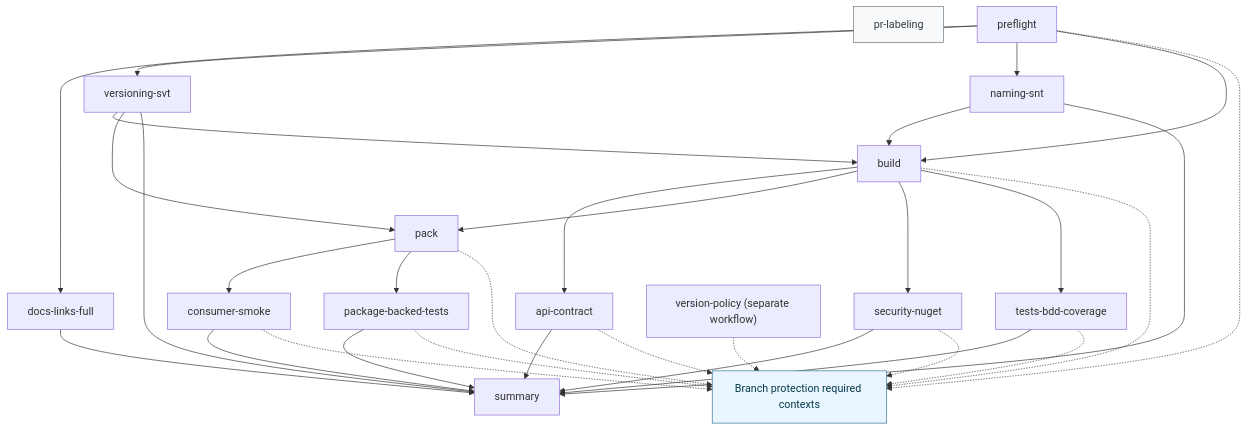
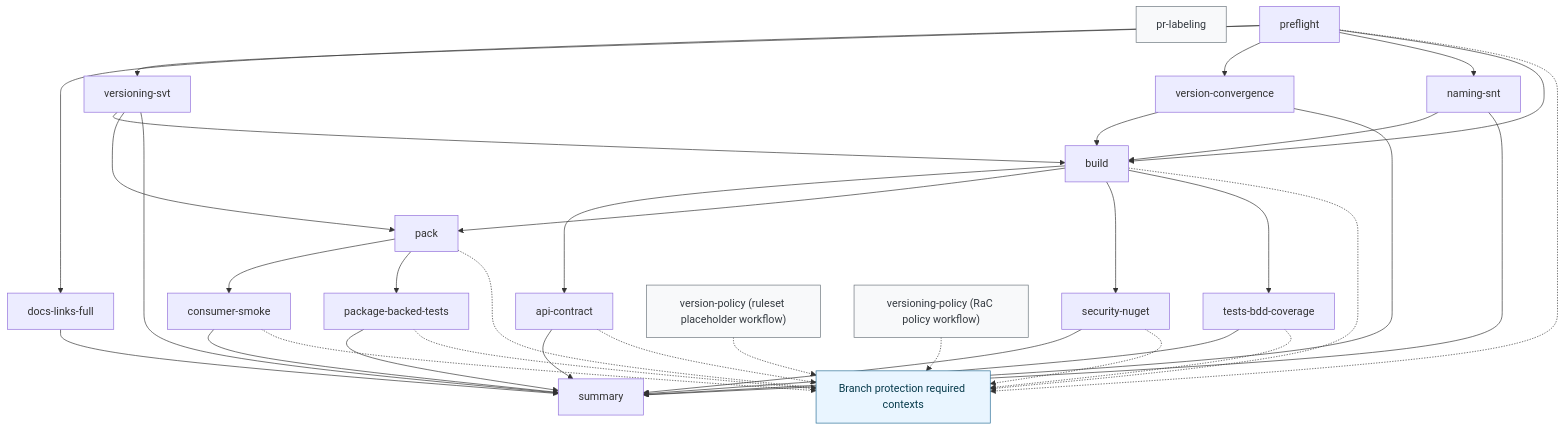
Before and after one commit to tomtastisch/FileClassifier: the diagram in docs/ci/001_PIPELINE_CI.MD, drawn with Mermaid. The commit also changed other lines of this file and 12 other files, not shown here.

````diff
--- a/docs/ci/001_PIPELINE_CI.MD
+++ b/docs/ci/001_PIPELINE_CI.MD
@@ -16,39 +17,43 @@
 ```mermaid
 flowchart TD
   pr["pr-labeling"]:::meta
   pre["preflight"] --> docs["docs-links-full"]
   pre --> svt["versioning-svt"]
+  pre --> vc["version-convergence"]
   pre --> naming["naming-snt"]
   pre --> build["build"]
   svt --> build
+  vc --> build
   naming --> build
   build --> api["api-contract"]
   build --> pack["pack"]
   svt --> pack
   pack --> smoke["consumer-smoke"]
   pack --> pkg["package-backed-tests"]
   build --> sec["security-nuget"]
   build --> bdd["tests-bdd-coverage"]
   docs --> sum["summary"]
   naming --> sum
   svt --> sum
+  vc --> sum
   api --> sum
   smoke --> sum
   pkg --> sum
   sec --> sum
   bdd --> sum
 
   req["Branch protection required contexts"]:::gate
   pre -.-> req
   build -.-> req
   api -.-> req
   pack -.-> req
   smoke -.-> req
   pkg -.-> req
   sec -.-> req
   bdd -.-> req
-  vp["version-policy (separate workflow)"] -.-> req
+  vp["version-policy (ruleset placeholder workflow)"]:::meta -.-> req
+  rac["versioning-policy (RaC policy workflow)"]:::meta -.-> req
 
   classDef gate fill:#e9f5ff,stroke:#2a6f97,color:#073b4c;
   classDef meta fill:#f8f9fa,stroke:#6c757d,color:#343a40;
 ```
````
